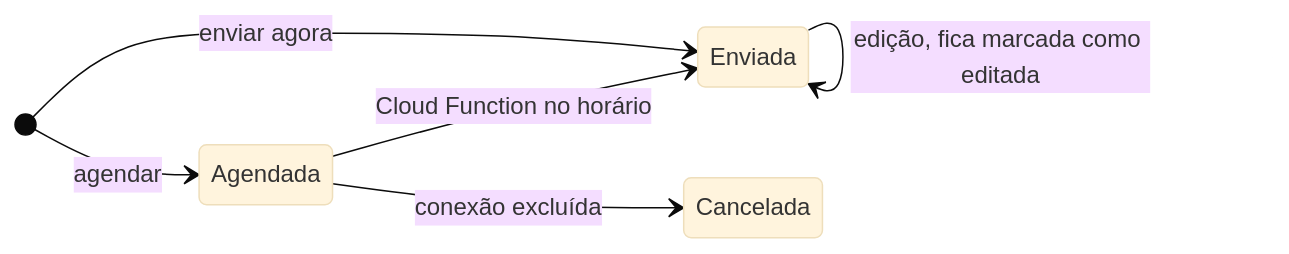
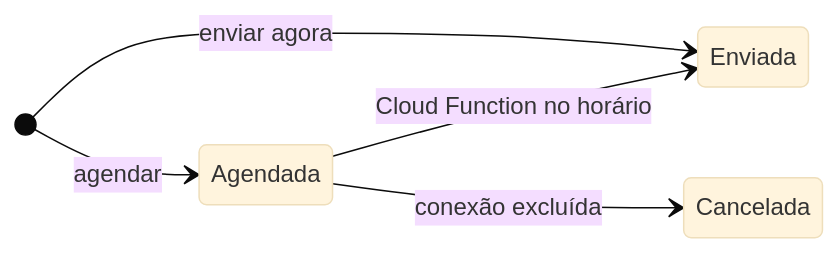
One commit to igorcol/testepratico-broadcast changed the second of 4 diagrams in README.md. Above: the diagram before and after it, drawn with Mermaid (base theme). The commit also changed other lines of this file, not shown here.

````diff
--- a/README.md
+++ b/README.md
@@ -129,9 +122,8 @@
 ```mermaid
 stateDiagram-v2
     direction LR
     [*] --> Enviada: enviar agora
     [*] --> Agendada: agendar
     Agendada --> Enviada: Cloud Function no horário
     Agendada --> Cancelada: conexão excluída
-    Enviada --> Enviada: edição, fica marcada como editada
 ```
````
